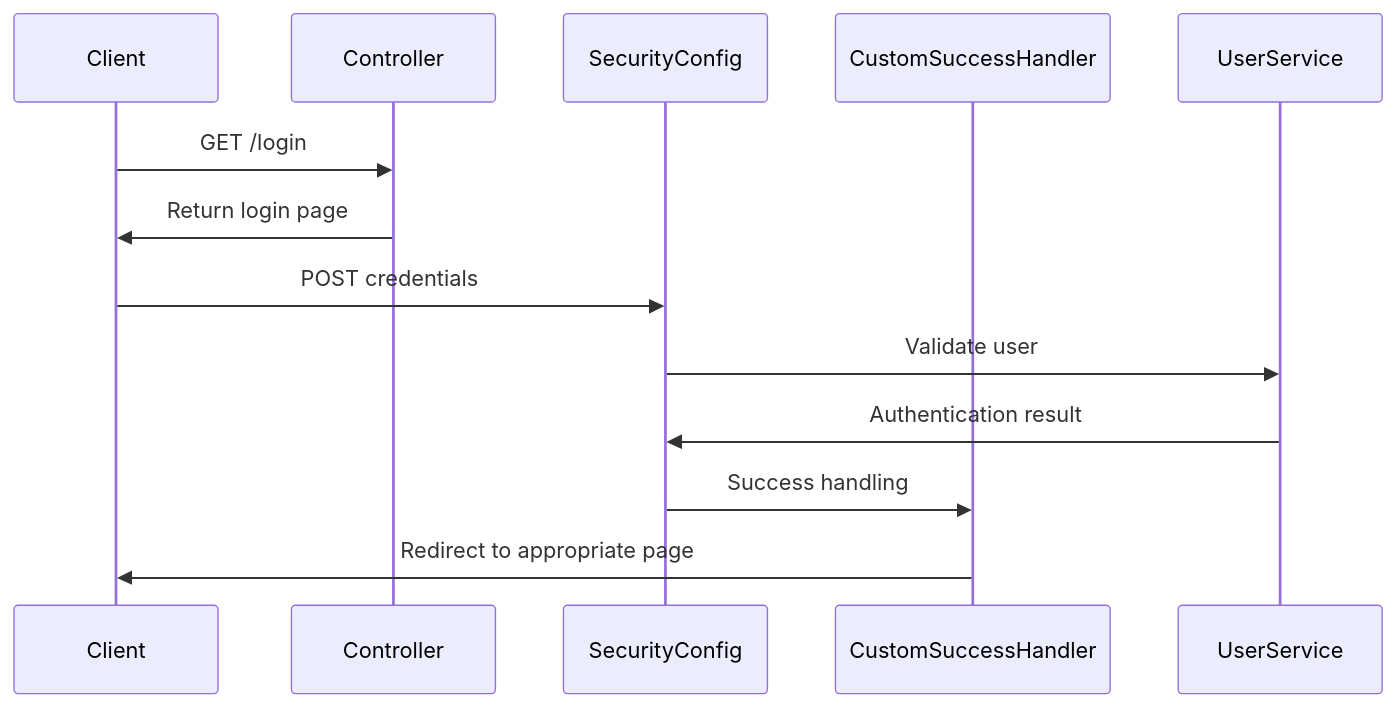
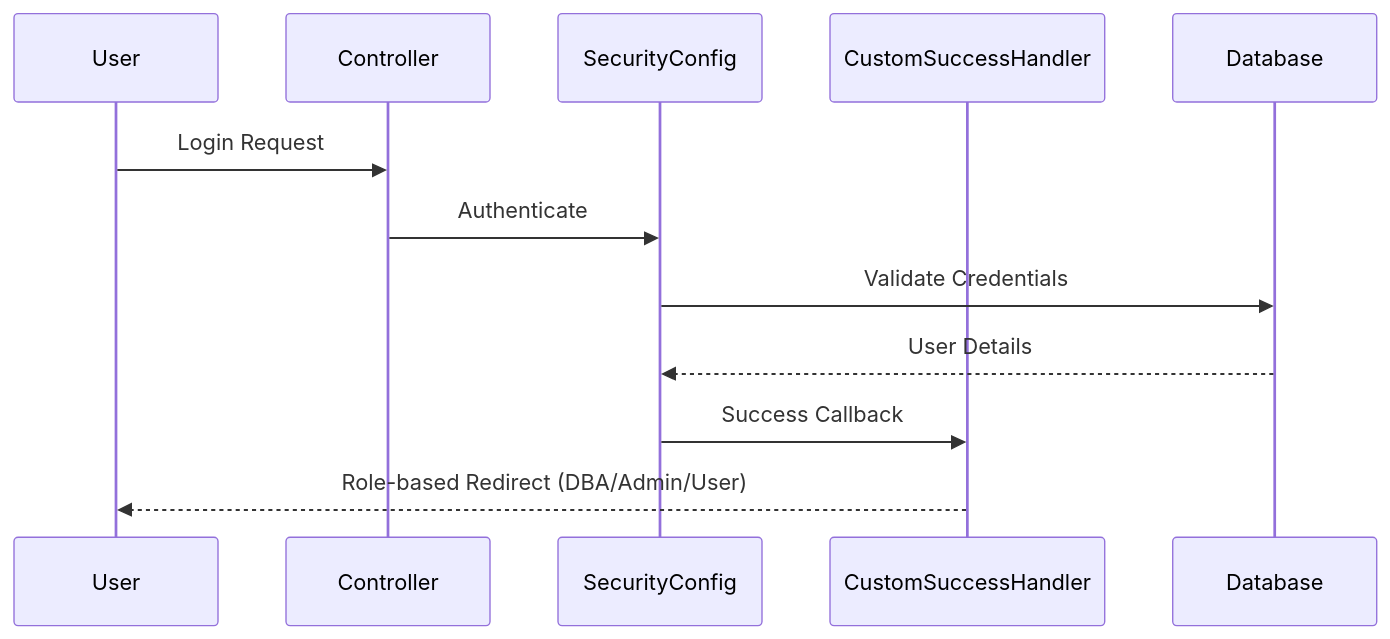
Before and after one commit to karthikv2206/ECommerce: the third of 7 diagrams in .kiro/steering/architecture.md, drawn with Mermaid. The commit also changed other lines of this file and 7 other files, not shown here.

````diff
--- a/.kiro/steering/architecture.md
+++ b/.kiro/steering/architecture.md
@@ -911,16 +516,15 @@
 ```mermaid
 sequenceDiagram
-    participant Client
+    participant User
     participant Controller
     participant SecurityConfig
     participant CustomSuccessHandler
-    participant UserService
+    participant Database
     
-    Client->>Controller: GET /login
-    Controller->>Client: Return login page
-    Client->>SecurityConfig: POST credentials
-    SecurityConfig->>UserService: Validate user
-    UserService->>SecurityConfig: Authentication result
-    SecurityConfig->>CustomSuccessHandler: Success handling
-    CustomSuccessHandler->>Client: Redirect to appropriate page
+    User->>Controller: Login Request
+    Controller->>SecurityConfig: Authenticate
+    SecurityConfig->>Database: Validate Credentials
+    Database-->>SecurityConfig: User Details
+    SecurityConfig->>CustomSuccessHandler: Success Callback
+    CustomSuccessHandler-->>User: Role-based Redirect (DBA/Admin/User)
 ```
````
